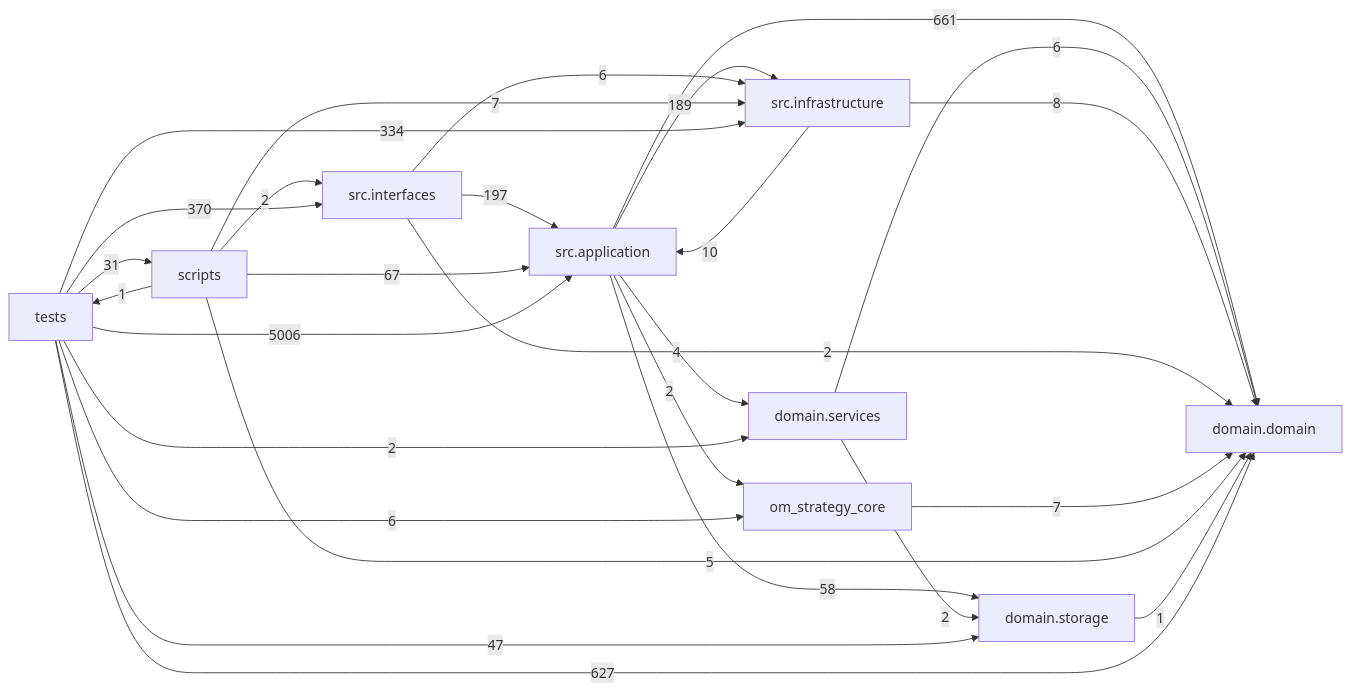
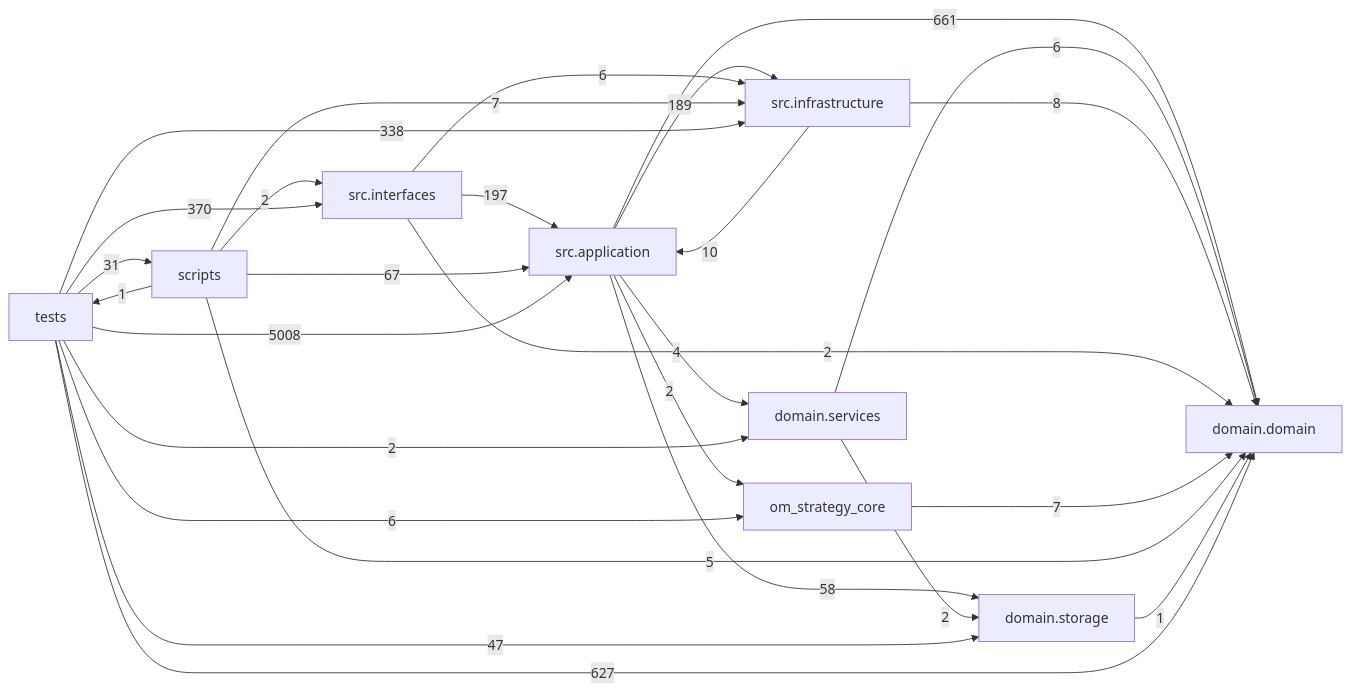
One commit to liuxie066/options-monitor changed the diagram in docs/DEPENDENCY_GRAPH.md. Above: the diagram before and after it, drawn with Mermaid. The commit also changed other lines of this file and 9 other files, not shown here.

````diff
--- a/docs/DEPENDENCY_GRAPH.md
+++ b/docs/DEPENDENCY_GRAPH.md
@@ -24,38 +24,38 @@
 ```mermaid
 flowchart LR
   tests["tests"]
   scripts["scripts"]
   interfaces["src.interfaces"]
   application["src.application"]
   infrastructure["src.infrastructure"]
   domain_services["domain.services"]
   domain["domain.domain"]
   storage["domain.storage"]
   application -->|661| domain
   application -->|4| domain_services
   application -->|189| infrastructure
   application -->|2| om_strategy_core
   application -->|58| storage
   domain_services -->|6| domain
   domain_services -->|2| storage
   infrastructure -->|10| application
   infrastructure -->|8| domain
   interfaces -->|197| application
   interfaces -->|2| domain
   interfaces -->|6| infrastructure
   om_strategy_core -->|7| domain
   scripts -->|67| application
   scripts -->|5| domain
   scripts -->|7| infrastructure
   scripts -->|2| interfaces
   scripts -->|1| tests
   storage -->|1| domain
-  tests -->|5006| application
+  tests -->|5008| application
   tests -->|627| domain
   tests -->|2| domain_services
-  tests -->|334| infrastructure
+  tests -->|338| infrastructure
   tests -->|370| interfaces
   tests -->|6| om_strategy_core
   tests -->|31| scripts
   tests -->|47| storage
 ```
````
